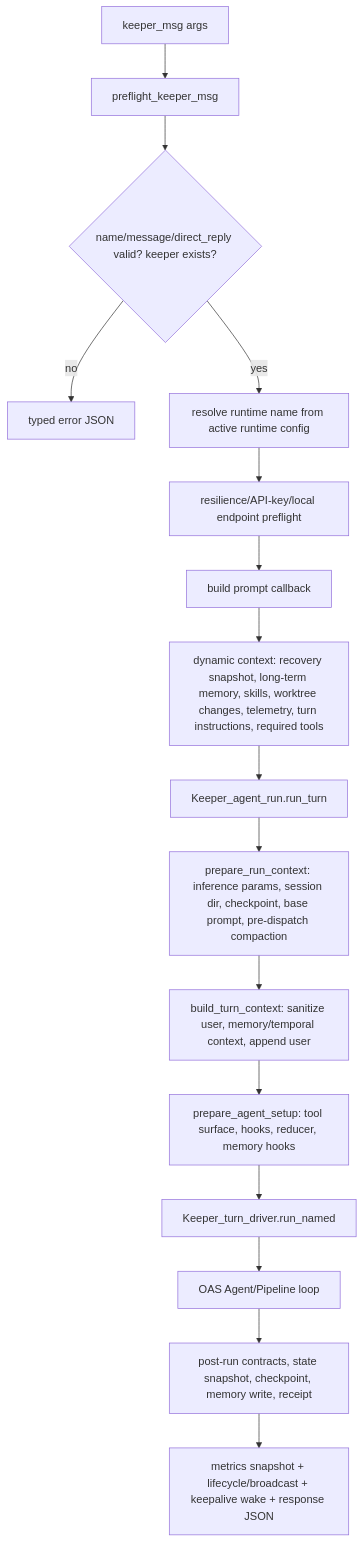
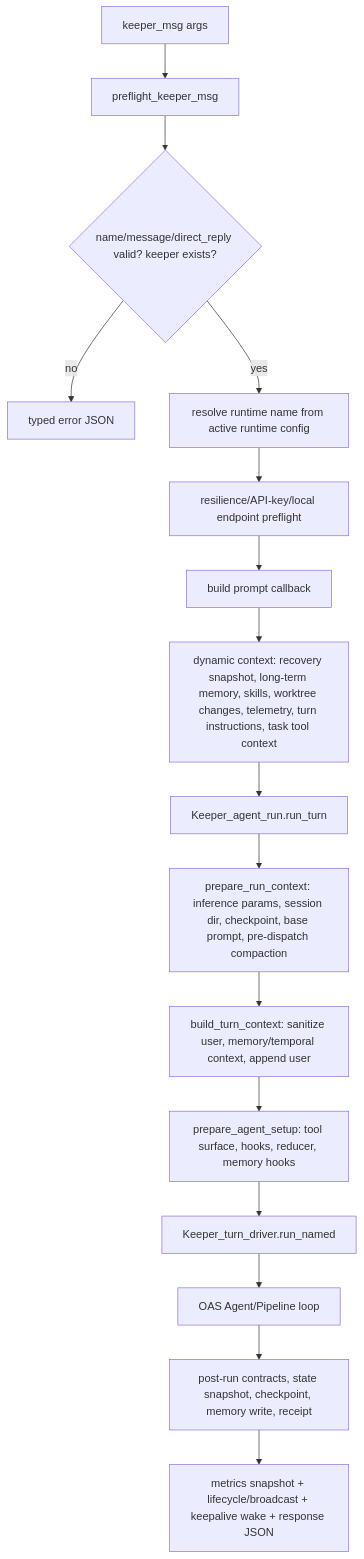
Before and after one commit to jeong-sik/masc: the third of 5 diagrams in docs/keeper-turn-lifecycle.md, drawn with Mermaid. The commit also changed other lines of this file and 14 other files, not shown here.

````diff
--- a/docs/keeper-turn-lifecycle.md
+++ b/docs/keeper-turn-lifecycle.md
@@ -87,18 +87,18 @@
 ```mermaid
 flowchart TD
     A[keeper_msg args] --> B[preflight_keeper_msg]
     B --> C{name/message/direct_reply valid? keeper exists?}
     C -- no --> X[typed error JSON]
     C -- yes --> D[resolve runtime name from active runtime config]
     D --> E[resilience/API-key/local endpoint preflight]
     E --> F[build prompt callback]
-    F --> G[dynamic context: recovery snapshot, long-term memory, skills, worktree changes, telemetry, turn instructions, required tools]
+    F --> G[dynamic context: recovery snapshot, long-term memory, skills, worktree changes, telemetry, turn instructions, task tool context]
     G --> H[Keeper_agent_run.run_turn]
     H --> I[prepare_run_context: inference params, session dir, checkpoint, base prompt, pre-dispatch compaction]
     I --> J[build_turn_context: sanitize user, memory/temporal context, append user]
     J --> K[prepare_agent_setup: tool surface, hooks, reducer, memory hooks]
     K --> L[Keeper_turn_driver.run_named]
     L --> M[OAS Agent/Pipeline loop]
     M --> N[post-run contracts, state snapshot, checkpoint, memory write, receipt]
     N --> O[metrics snapshot + lifecycle/broadcast + keepalive wake + response JSON]
 ```
````
